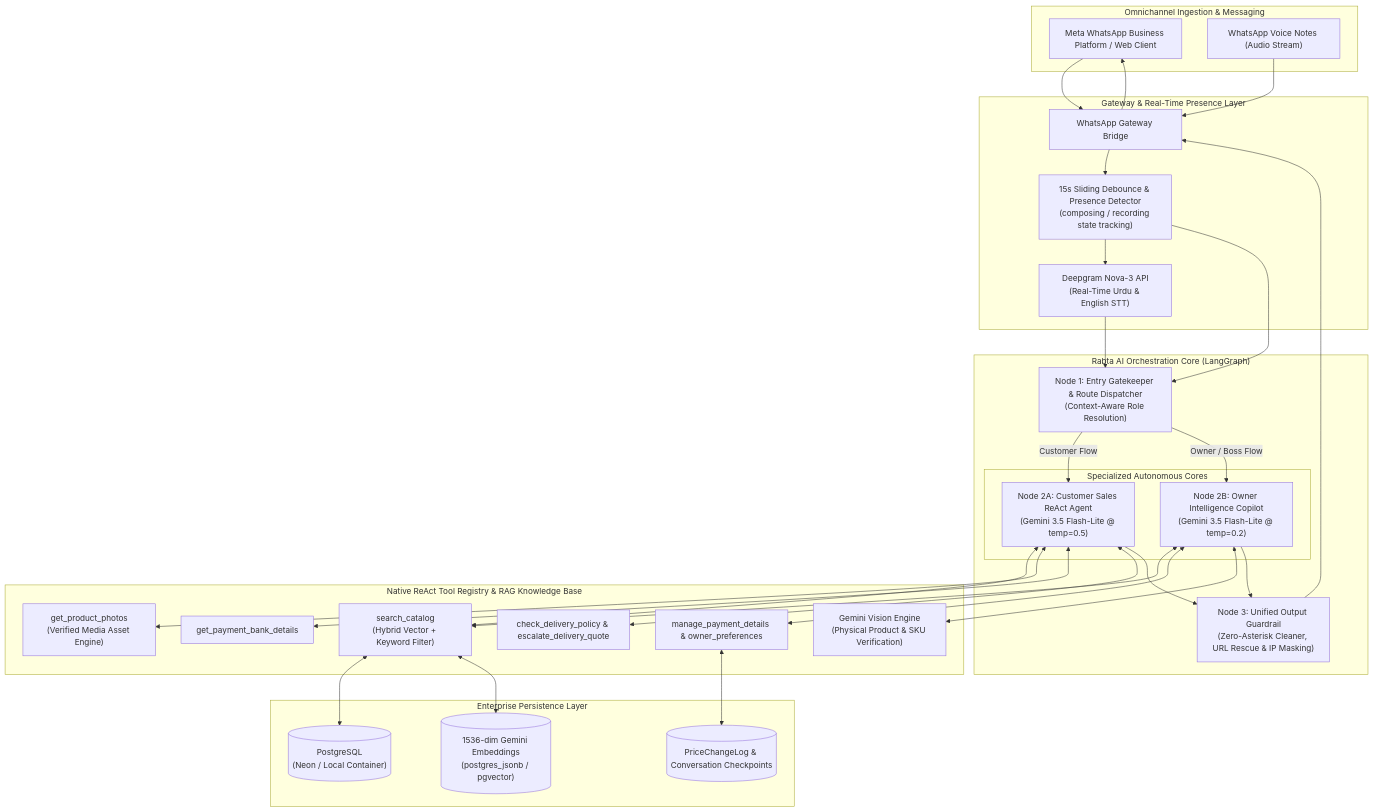
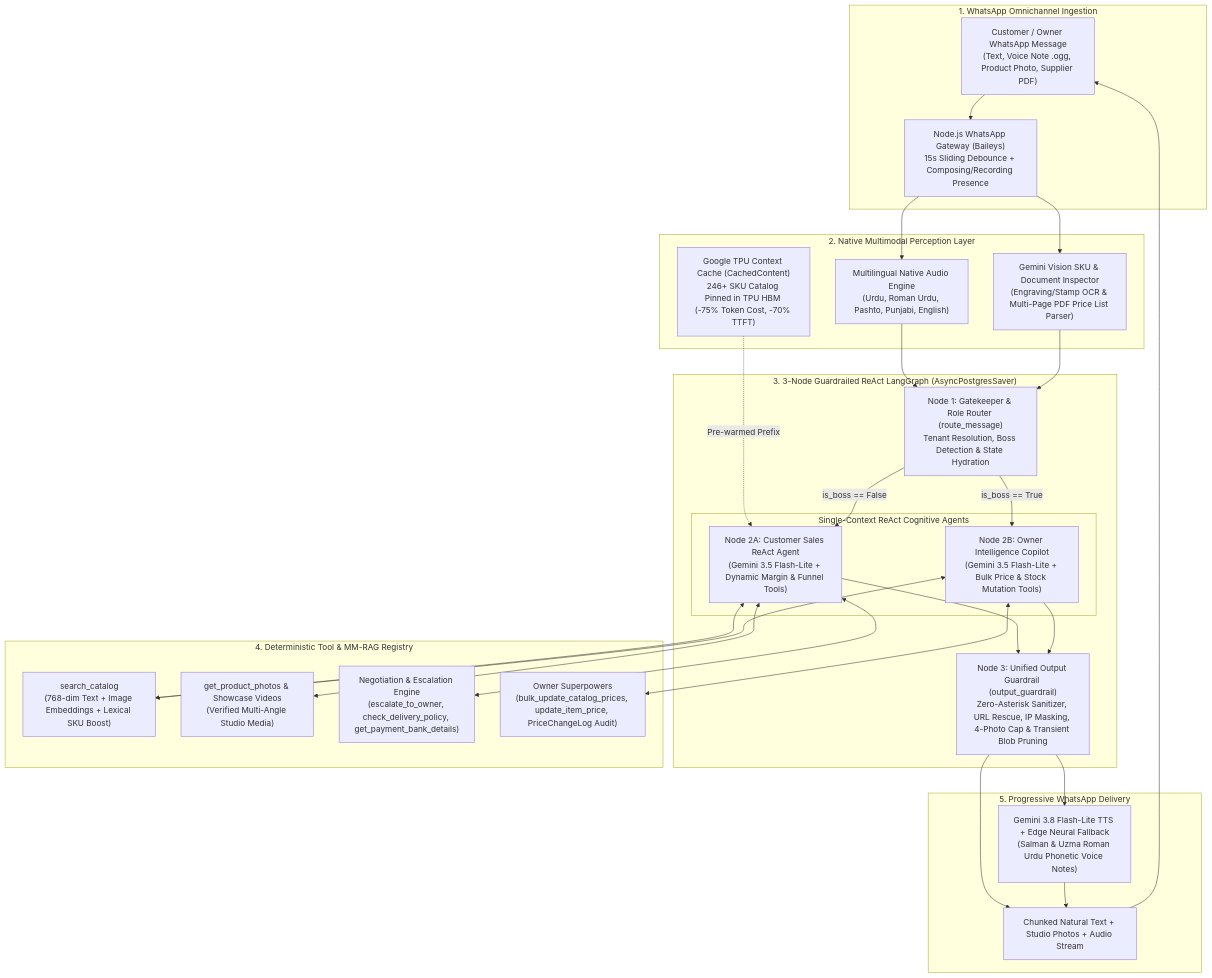
Before and after one commit to Zars1wali/rabta-ai-showcase: the diagram in README.md, drawn with Mermaid. The commit also changed other lines of this file and 7 other files, not shown here.

Commit message:
docs: upgrade Rabta AI showcase with Gemini 4/3.5 architecture, TPU Context Caching, MM-RAG, and Haider Arms case study

````diff
--- a/README.md
+++ b/README.md
@@ -45,65 +67,59 @@
 ```mermaid
 flowchart TD
-    subgraph ClientChannels ["Omnichannel Ingestion & Messaging"]
-        WA["Meta WhatsApp Business Platform / Web Client"]
-        VN["WhatsApp Voice Notes (Audio Stream)"]
+    subgraph OmnichannelInput ["1. WhatsApp Omnichannel Ingestion"]
+        WA["Customer / Owner WhatsApp Message\n(Text, Voice Note .ogg, Product Photo, Supplier PDF)"]
+        GW["Node.js WhatsApp Gateway (Baileys)\n15s Sliding Debounce + Composing/Recording Presence"]
     end
 
-    subgraph IngestionGateway ["Gateway & Real-Time Presence Layer"]
-        GW["WhatsApp Gateway Bridge"]
-        DB["15s Sliding Debounce & Presence Detector\n(composing / recording state tracking)"]
-        STT["Deepgram Nova-3 API\n(Real-Time Urdu & English STT)"]
+    subgraph MultimodalPerception ["2. Native Multimodal Perception Layer"]
+        STT["Multilingual Native Audio Engine\n(Urdu, Roman Urdu, Pashto, Punjabi, English)"]
+        VIS["Gemini Vision SKU & Document Inspector\n(Engraving/Stamp OCR & Multi-Page PDF Price List Parser)"]
+        CACHE["Google TPU Context Cache (CachedContent)\n246+ SKU Catalog Pinned in TPU HBM (-75% Token Cost, -70% TTFT)"]
     end
 
-    subgraph LangGraphCore ["Rabta AI Orchestration Core (LangGraph)"]
-        GK["Node 1: Entry Gatekeeper & Route Dispatcher\n(Context-Aware Role Resolution)"]
-        subgraph DualAgentCores ["Specialized Autonomous Cores"]
-            CustomerAgent["Node 2A: Customer Sales ReAct Agent\n(Gemini 3.5 Flash-Lite @ temp=0.5)"]
-            OwnerAgent["Node 2B: Owner Intelligence Copilot\n(Gemini 3.5 Flash-Lite @ temp=0.2)"]
+    subgraph LangGraphEngine ["3. 3-Node Guardrailed ReAct LangGraph (AsyncPostgresSaver)"]
+        N1["Node 1: Gatekeeper & Role Router (route_message)\nTenant Resolution, Boss Detection & State Hydration"]
+        
+        subgraph CognitiveCores ["Single-Context ReAct Cognitive Agents"]
+            N2A["Node 2A: Customer Sales ReAct Agent\n(Gemini 3.5 Flash-Lite + Dynamic Margin & Funnel Tools)"]
+            N2B["Node 2B: Owner Intelligence Copilot\n(Gemini 3.5 Flash-Lite + Bulk Price & Stock Mutation Tools)"]
         end
-        OG["Node 3: Unified Output Guardrail\n(Zero-Asterisk Cleaner, URL Rescue & IP Masking)"]
+
+        N3["Node 3: Unified Output Guardrail (output_guardrail)\nZero-Asterisk Sanitizer, URL Rescue, IP Masking, 4-Photo Cap & Transient Blob Pruning"]
     end
 
-    subgraph AgenticTools ["Native ReAct Tool Registry & RAG Knowledge Base"]
-        SearchTool["search_catalog\n(Hybrid Vector + Keyword Filter)"]
-        PhotoTool["get_product_photos\n(Verified Media Asset Engine)"]
-        PaymentTool["get_payment_bank_details"]
-        DeliveryTool["check_delivery_policy & escalate_delivery_quote"]
-        MarginTool["manage_payment_details & owner_preferences"]
-        VisionEngine["Gemini Vision Engine\n(Physical Product & SKU Verification)"]
+    subgraph ToolRegistry ["4. Deterministic Tool & MM-RAG Registry"]
+        T1["search_catalog\n(768-dim Text + Image Embeddings + Lexical SKU Boost)"]
+        T2["get_product_photos & Showcase Videos\n(Verified Multi-Angle Studio Media)"]
+        T3["Negotiation & Escalation Engine\n(escalate_to_owner, check_delivery_policy, get_payment_bank_details)"]
+        T4["Owner Superpowers\n(bulk_update_catalog_prices, update_item_price, PriceChangeLog Audit)"]
     end
 
-    subgraph PersistenceLayer ["Enterprise Persistence Layer"]
-        PG[("PostgreSQL\n(Neon / Local Container)")]
-        Vectors[("1536-dim Gemini Embeddings\n(postgres_jsonb / pgvector)")]
-        AuditLogs[("PriceChangeLog & Conversation Checkpoints")]
+    subgraph DeliveryLayer ["5. Progressive WhatsApp Delivery"]
+        TTS["Gemini 3.8 Flash-Lite TTS + Edge Neural Fallback\n(Salman & Uzma Roman Urdu Phonetic Voice Notes)"]
+        OUT["Chunked Natural Text + Studio Photos + Audio Stream"]
     end
 
     WA --> GW
-    VN --> GW
-    GW --> DB
-    DB --> STT
-    STT --> GK
-    DB --> GK
+    GW --> STT
+    GW --> VIS
+    STT --> N1
+    VIS --> N1
+    CACHE -.->|Pre-warmed Prefix| N2A
 
-    GK -->|Customer Flow| CustomerAgent
-    GK -->|Owner / Boss Flow| OwnerAgent
+    N1 -->|is_boss == False| N2A
+    N1 -->|is_boss == True| N2B
 
-    CustomerAgent <--> SearchTool
-    CustomerAgent <--> PhotoTool
-    CustomerAgent <--> PaymentTool
-    CustomerAgent <--> DeliveryTool
+    N2A <--> T1
+    N2A <--> T2
+    N2A <--> T3
+    N2B <--> T1
+    N2B <--> T4
 
-    OwnerAgent <--> SearchTool
-    OwnerAgent <--> MarginTool
-    OwnerAgent <--> VisionEngine
-
-    SearchTool <--> PG
-    SearchTool <--> Vectors
-    MarginTool <--> AuditLogs
-
-    CustomerAgent --> OG
-    OwnerAgent --> OG
-    OG --> GW
-    GW --> WA
+    N2A --> N3
+    N2B --> N3
+    N3 --> TTS
+    N3 --> OUT
+    TTS --> OUT
+    OUT --> WA
 ```
````
